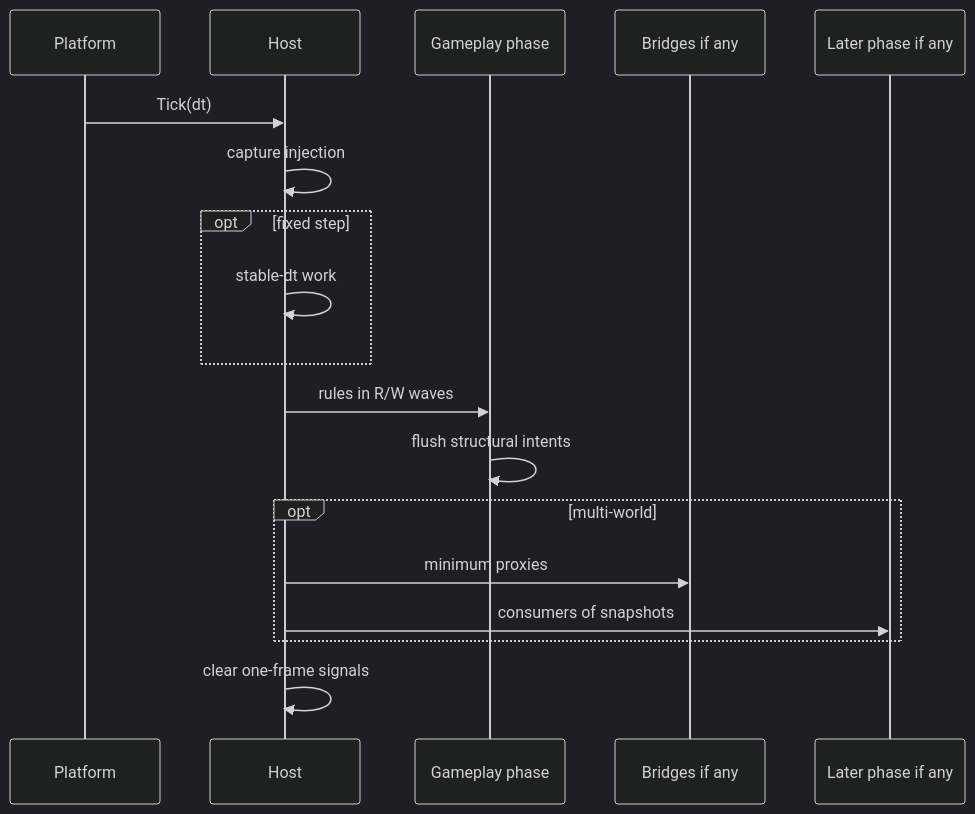
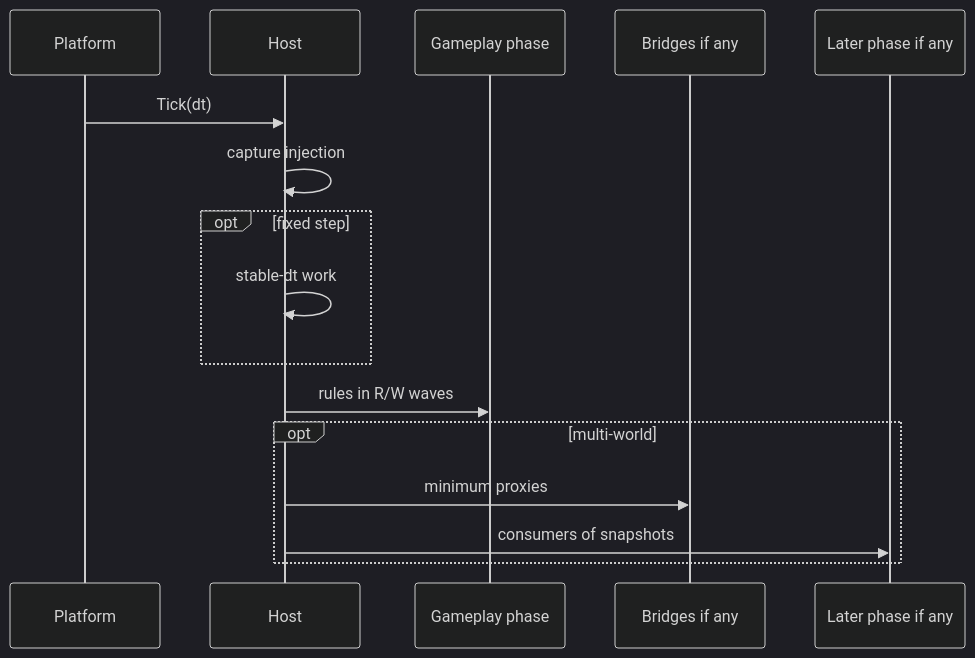
The seventh of 7 diagrams in src/content/articles/another-way-to-think-about-game-architecture.md (fm39hz/fm39hz-blogs), drawn with Mermaid (dark theme) before and after one commit. The commit also changed other lines of this file and 1 other file, not shown here.

````diff
--- a/src/content/articles/another-way-to-think-about-game-architecture.md
+++ b/src/content/articles/another-way-to-think-about-game-architecture.md
@@ -531,21 +493,19 @@
 ```mermaid
 sequenceDiagram
     participant Platform
     participant Host
     participant G as Gameplay phase
     participant Br as Bridges if any
     participant L as Later phase if any
 
     Platform->>Host: Tick(dt)
     Host->>Host: capture injection
     opt fixed step
         Host->>Host: stable-dt work
     end
     Host->>G: rules in R/W waves
-    G->>G: flush structural intents
     opt multi-world
         Host->>Br: minimum proxies
         Host->>L: consumers of snapshots
     end
-    Host->>Host: clear one-frame signals
 ```
````
